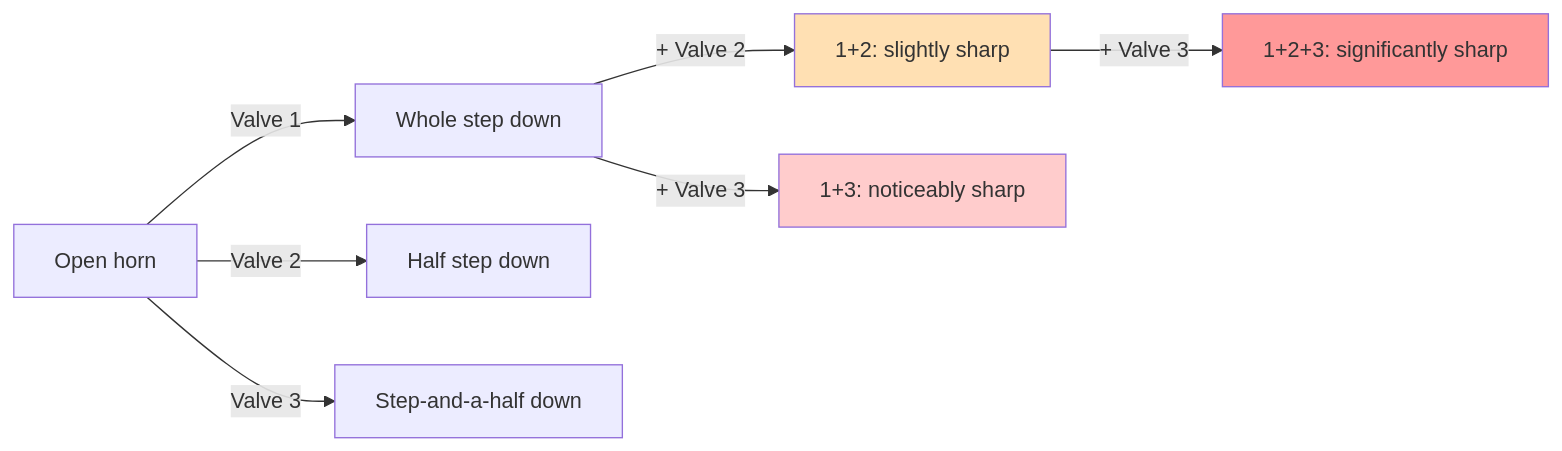
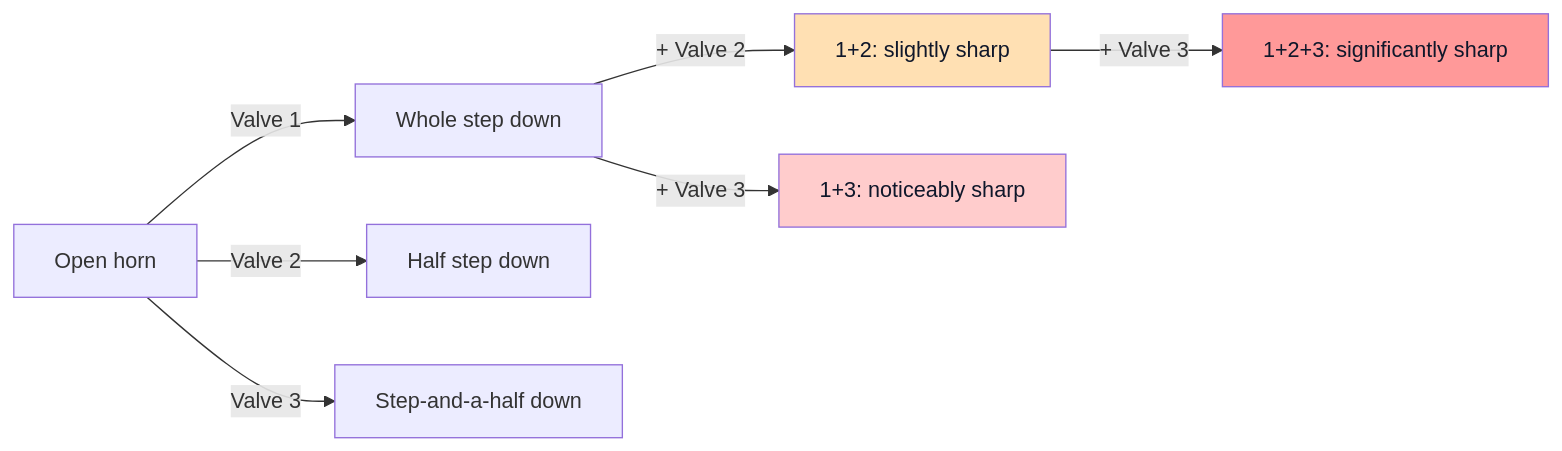
One commit to blebleblee/synapse changed the second of 2 diagrams in topics/arts/music_performance/brass/lesson_01_brass_techniques.md. Above: the diagram before and after it, drawn with Mermaid. The commit also changed 1464 other files, not shown here.

Commit message:
feat(release): curriculum vector mermaid upgrade, render hardening, and master synpack

````diff
--- a/topics/arts/music_performance/brass/lesson_01_brass_techniques.md
+++ b/topics/arts/music_performance/brass/lesson_01_brass_techniques.md
@@ -92,13 +92,13 @@
 ```mermaid
 graph LR
     A["Open horn"] -->|"Valve 1"| B["Whole step down"]
     A -->|"Valve 2"| C["Half step down"]
     A -->|"Valve 3"| D["Step-and-a-half down"]
     B -->|"+ Valve 2"| E["1+2: slightly sharp"]
     B -->|"+ Valve 3"| F["1+3: noticeably sharp"]
     E -->|"+ Valve 3"| G["1+2+3: significantly sharp"]
 
-    style E fill:#ffe0b3
-    style F fill:#ffcccc
-    style G fill:#ff9999
+    style E fill:#ffe0b3,color:#0f172a
+    style F fill:#ffcccc,color:#0f172a
+    style G fill:#ff9999,color:#0f172a
 ```
````
